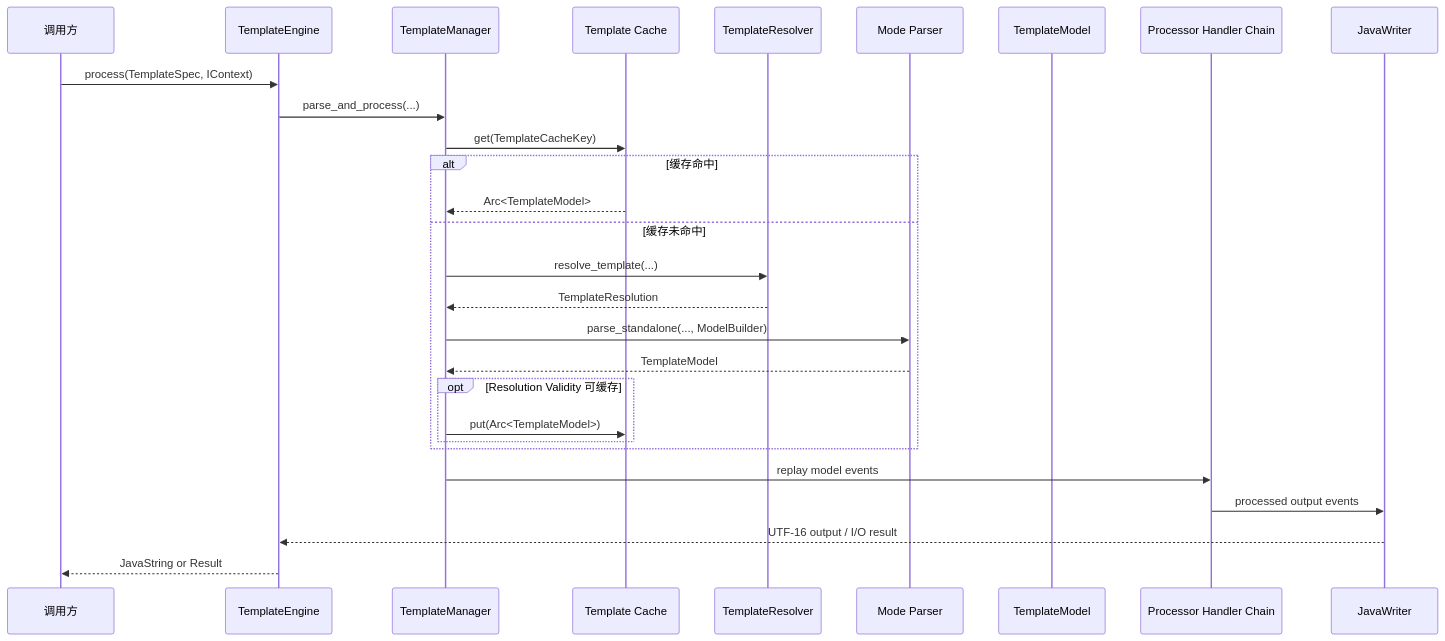
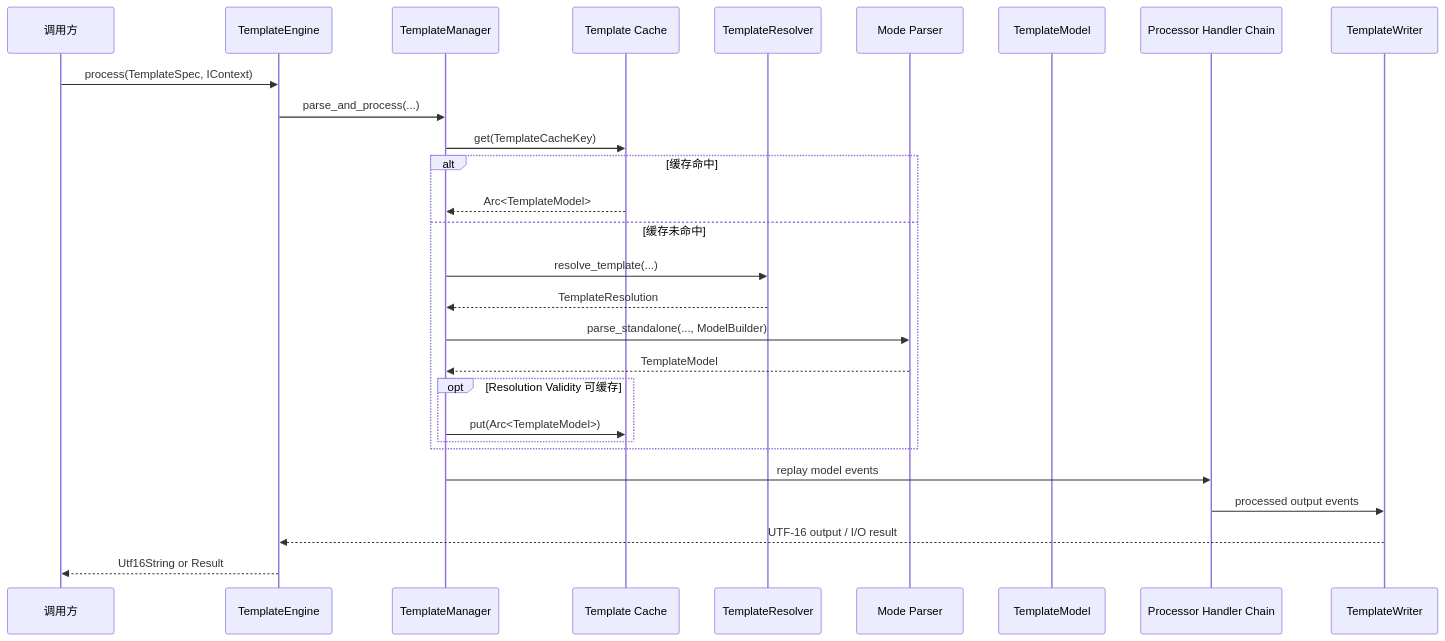
Before and after one commit to easy-4-rust/thymeleaf-rust: the fifth of 13 diagrams in docs/Thymeleaf-Rust-可行性与架构设计.md, drawn with Mermaid. The commit also changed other lines of this file and 3 other files, not shown here.

````diff
--- a/docs/Thymeleaf-Rust-可行性与架构设计.md
+++ b/docs/Thymeleaf-Rust-可行性与架构设计.md
@@ -434,31 +434,31 @@
 ```mermaid
 sequenceDiagram
     participant App as 调用方
     participant Engine as TemplateEngine
     participant Manager as TemplateManager
     participant Cache as Template Cache
     participant Resolver as TemplateResolver
     participant Parser as Mode Parser
     participant Model as TemplateModel
     participant Chain as Processor Handler Chain
-    participant Writer as JavaWriter
+    participant Writer as TemplateWriter
 
     App->>Engine: process(TemplateSpec, IContext)
     Engine->>Manager: parse_and_process(...)
     Manager->>Cache: get(TemplateCacheKey)
     alt 缓存命中
         Cache-->>Manager: Arc<TemplateModel>
     else 缓存未命中
         Manager->>Resolver: resolve_template(...)
         Resolver-->>Manager: TemplateResolution
         Manager->>Parser: parse_standalone(..., ModelBuilder)
         Parser-->>Manager: TemplateModel
         opt Resolution Validity 可缓存
             Manager->>Cache: put(Arc<TemplateModel>)
         end
     end
     Manager->>Chain: replay model events
     Chain->>Writer: processed output events
     Writer-->>Engine: UTF-16 output / I/O result
-    Engine-->>App: JavaString or Result
+    Engine-->>App: Utf16String or Result
 ```
````
